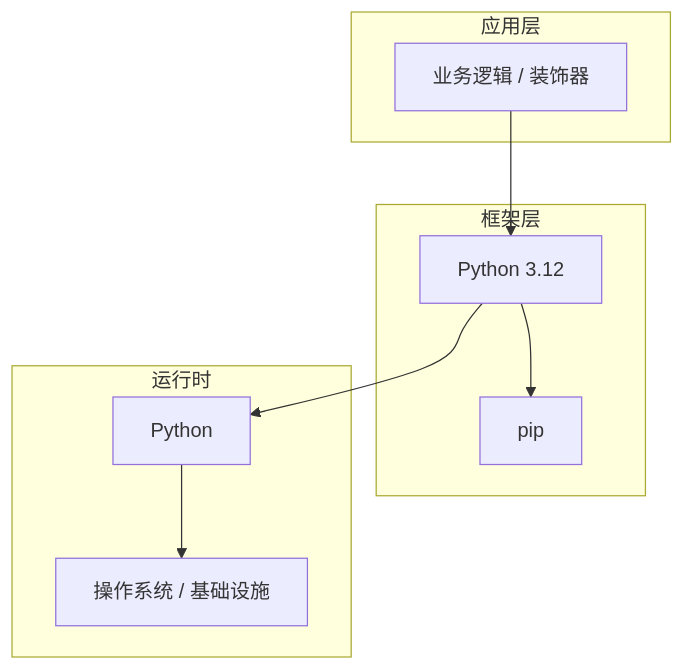
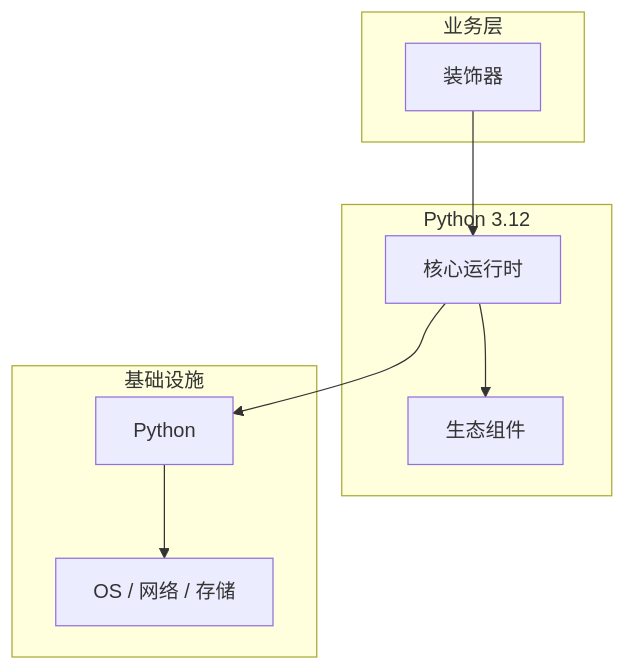
One commit to yanggan2015/knowledge-json-v2 changed the diagram in articles/Python核心/chapters/123-装饰器核心概念与原理.md. Above: the diagram before and after it, drawn with Mermaid. The commit also changed other lines of this file and 10127 other files, not shown here.

````diff
--- a/articles/Python核心/chapters/123-装饰器核心概念与原理.md
+++ b/articles/Python核心/chapters/123-装饰器核心概念与原理.md
@@ -45,18 +34,18 @@
 ```mermaid
 graph TB
-    subgraph 应用层
-        A[业务逻辑 / 装饰器]
+    subgraph 业务层
+        A[装饰器]
     end
-    subgraph 框架层
-        B[Python 3.12]
-        C[pip]
+    subgraph Python 3.12
+        B[核心运行时]
+        C[生态组件]
     end
-    subgraph 运行时
+    subgraph 基础设施
         D[Python]
-        E[操作系统 / 基础设施]
+        E[OS / 网络 / 存储]
     end
     A --> B
     B --> C
     B --> D
     D --> E
 ```
````
